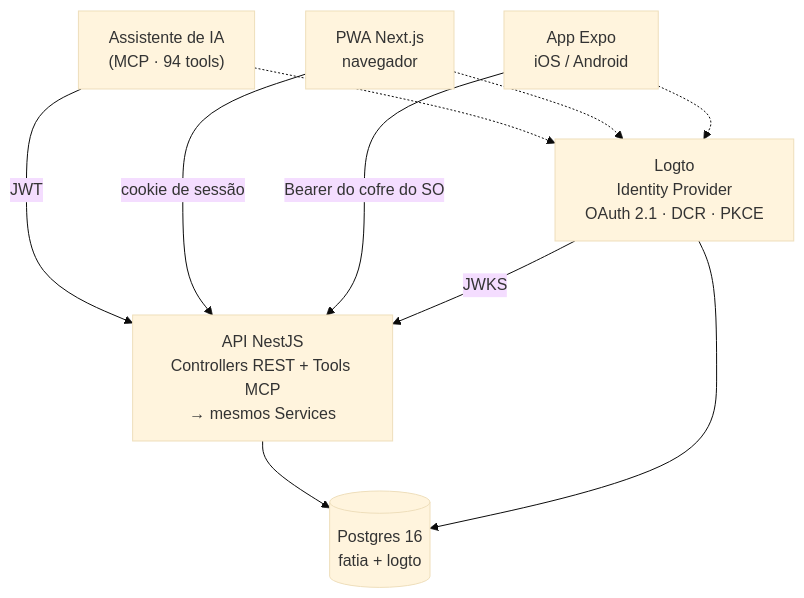
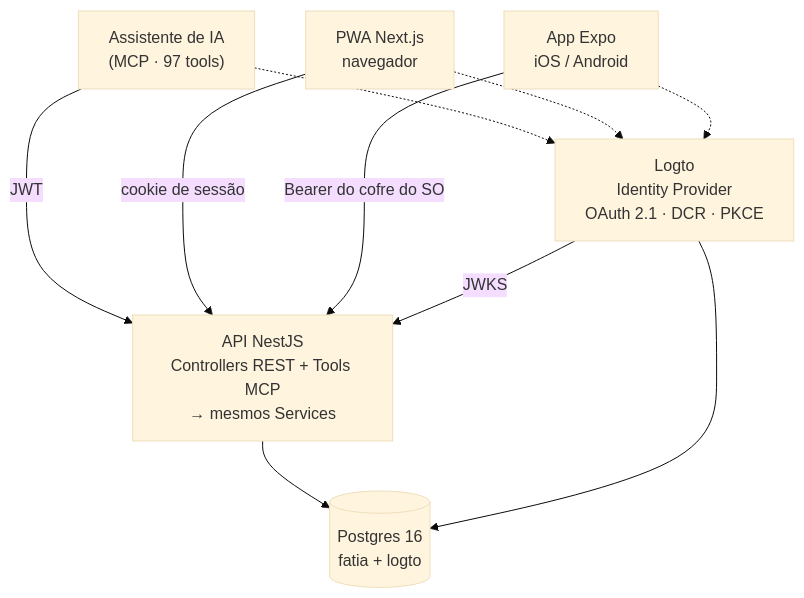
Before and after one commit to ThiagoCarreiraVallim/fatia: the diagram in README.md, drawn with Mermaid (base theme). The commit also changed other lines of this file and 37 other files, not shown here.

````diff
--- a/README.md
+++ b/README.md
@@ -32,19 +32,19 @@
 ```mermaid
 flowchart TD
-    claude["Assistente de IA<br/>(MCP · 94 tools)"]
+    claude["Assistente de IA<br/>(MCP · 97 tools)"]
     pwa["PWA Next.js<br/>navegador"]
     mobile["App Expo<br/>iOS / Android"]
     logto["Logto<br/>Identity Provider<br/>OAuth 2.1 · DCR · PKCE"]
     api["API NestJS<br/>Controllers REST + Tools MCP<br/>→ mesmos Services"]
     pg[("Postgres 16<br/>fatia + logto")]
 
     claude -- "JWT" --> api
     pwa -- "cookie de sessão" --> api
     mobile -- "Bearer do cofre do SO" --> api
     claude -.-> logto
     pwa -.-> logto
     mobile -.-> logto
     logto -- "JWKS" --> api
     api --> pg
     logto --> pg
 ```
````
